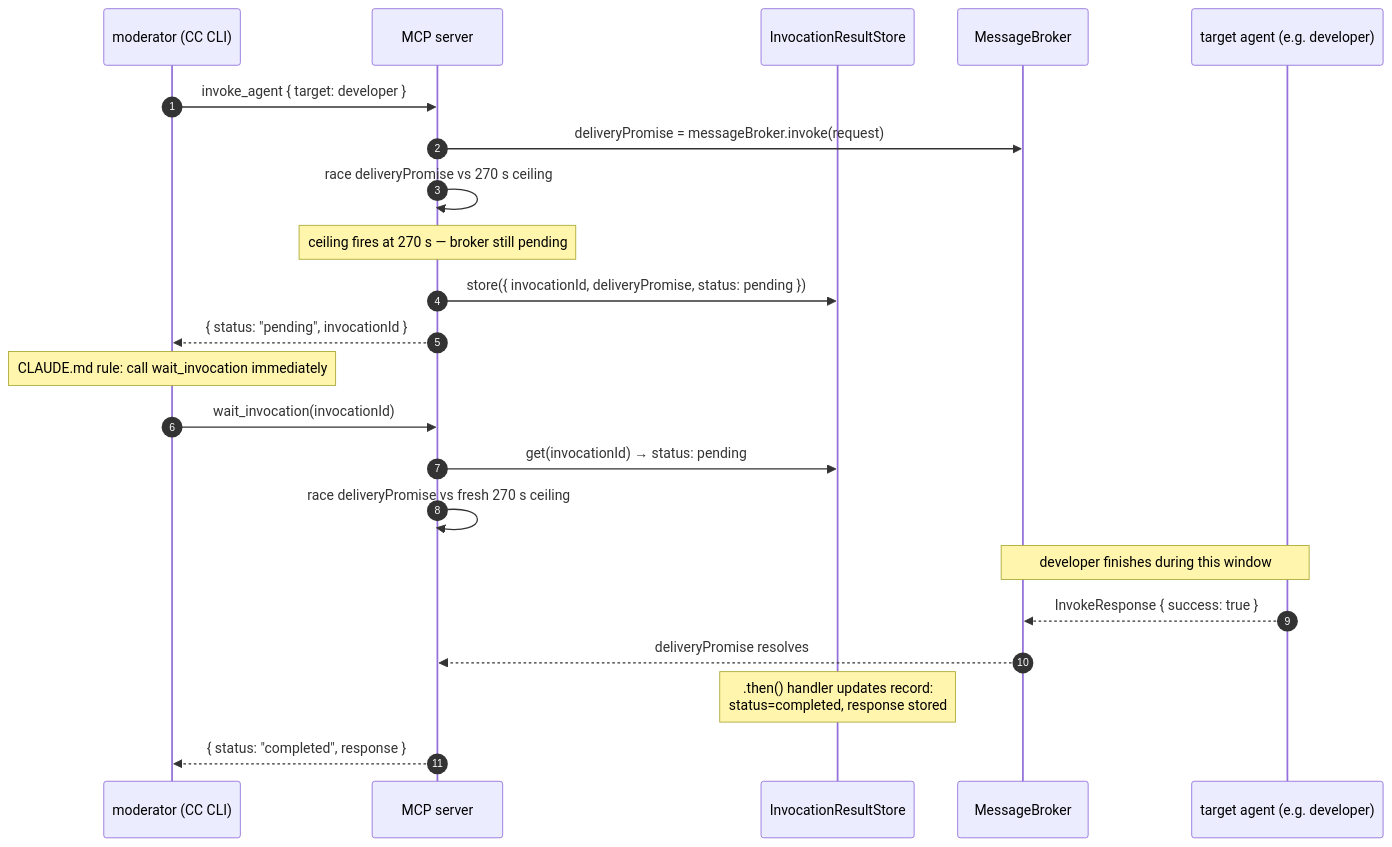
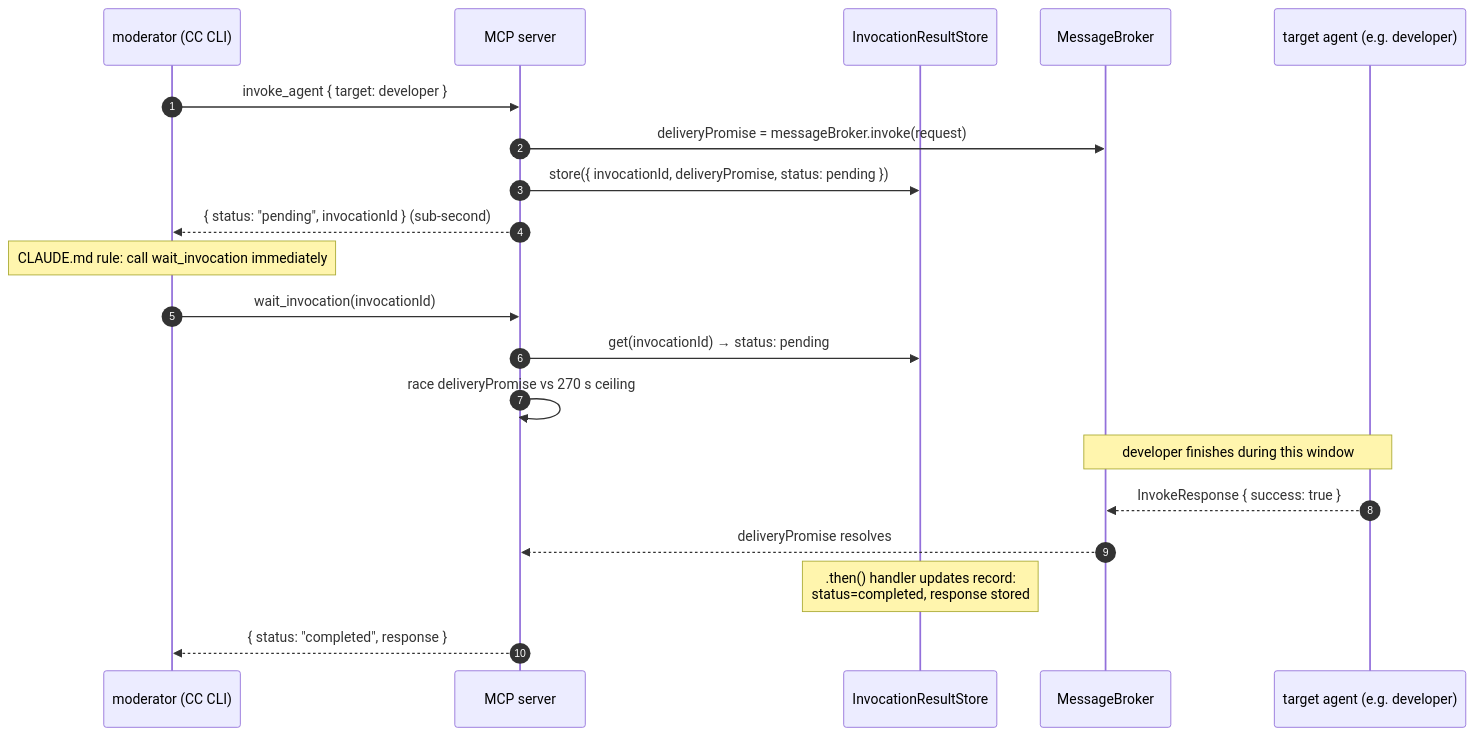
The ninth of 17 diagrams in docs/mcp-connectivity.md (ia64mail/quorum), drawn with Mermaid before and after one commit. The commit also changed other lines of this file and 7 other files, not shown here.

````diff
--- a/docs/mcp-connectivity.md
+++ b/docs/mcp-connectivity.md
@@ -366,24 +366,22 @@
 ```mermaid
 sequenceDiagram
     autonumber
     participant Mod as moderator (CC CLI)
     participant Server as MCP server
     participant Store as InvocationResultStore
     participant BR as MessageBroker
     participant Target as target agent (e.g. developer)
     Mod->>Server: invoke_agent { target: developer }
     Server->>BR: deliveryPromise = messageBroker.invoke(request)
-    Server->>Server: race deliveryPromise vs 270 s ceiling
-    Note over Server: ceiling fires at 270 s — broker still pending
     Server->>Store: store({ invocationId, deliveryPromise, status: pending })
-    Server-->>Mod: { status: "pending", invocationId }
+    Server-->>Mod: { status: "pending", invocationId } (sub-second)
     Note over Mod: CLAUDE.md rule: call wait_invocation immediately
     Mod->>Server: wait_invocation(invocationId)
     Server->>Store: get(invocationId) → status: pending
-    Server->>Server: race deliveryPromise vs fresh 270 s ceiling
+    Server->>Server: race deliveryPromise vs 270 s ceiling
     Note over BR,Target: developer finishes during this window
     Target-->>BR: InvokeResponse { success: true }
     BR-->>Server: deliveryPromise resolves
     Note over Store: .then() handler updates record:<br/>status=completed, response stored
     Server-->>Mod: { status: "completed", response }
 ```
````
